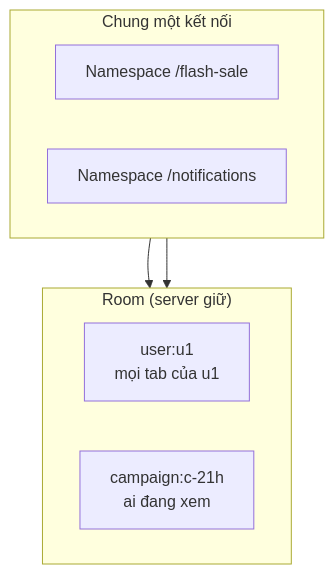
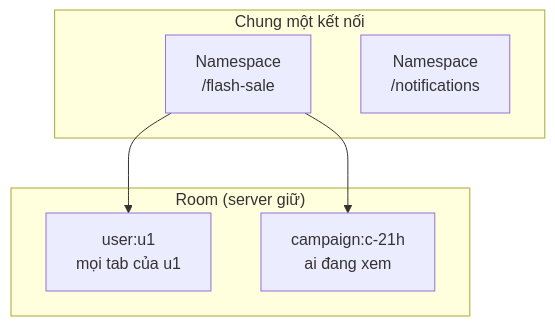
Before and after one commit to duongbui234/software-engineering-atlas: the diagram in content/posts/2026-11-22-websocket-rooms.md, drawn with Mermaid. The commit also changed 134 other files, not shown here.

First line of the commit message:
Fit every Mermaid diagram at 390px without sideways scroll (#56)

````diff
--- a/content/posts/2026-11-22-websocket-rooms.md
+++ b/content/posts/2026-11-22-websocket-rooms.md
@@ -51,16 +51,14 @@
 ```mermaid
+%%{init: {"flowchart": {"rankSpacing": 50}}}%%
 flowchart TB
     subgraph CONN["Chung một kết nối"]
-        direction LR
-        NS1["Namespace /flash-sale"]
-        NS2["Namespace /notifications"]
+        NS1["Namespace<br/>/flash-sale"]
+        NS2["Namespace<br/>/notifications"]
     end
     subgraph ROOMS["Room (server giữ)"]
-        direction LR
         R1["user:u1<br/>mọi tab của u1"]
         R2["campaign:c-21h<br/>ai đang xem"]
     end
-    CONN ~~~ ROOMS
     NS1 --> R1
     NS1 --> R2
 ```
````
